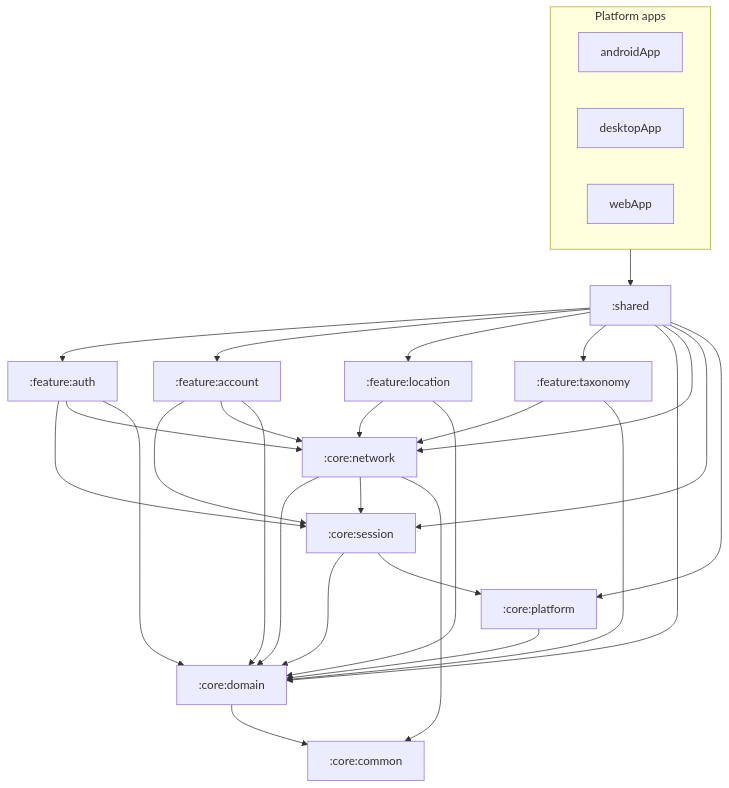
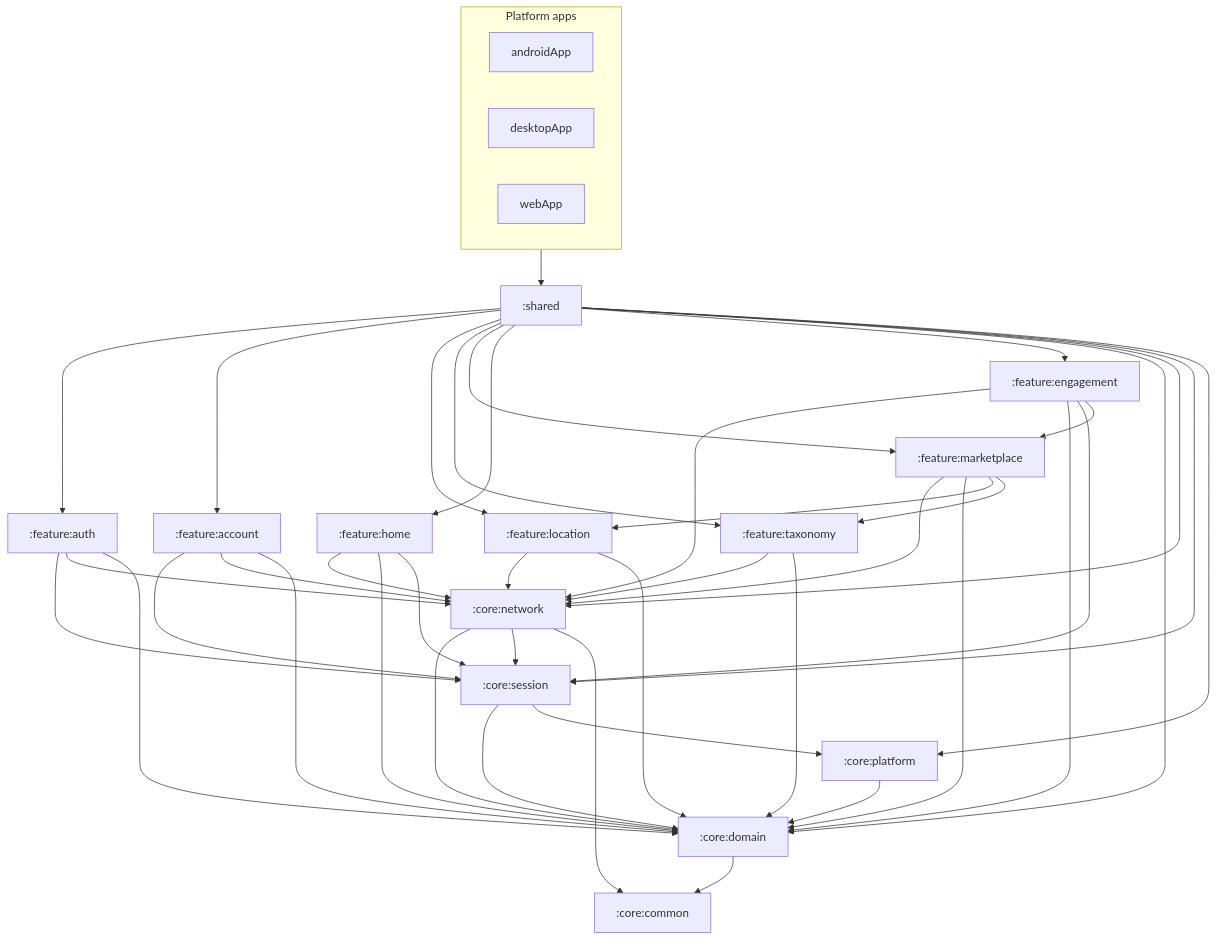
The diagram in docs/dependency-rules.md (cavidyrm/vitran-frontend), drawn with Mermaid before and after one commit. The commit also changed other lines of this file and 108 other files, not shown here.

First line of the commit message:
Implement Phase 6 marketplace engagement APIs and existing-UI wiring.

````diff
--- a/docs/dependency-rules.md
+++ b/docs/dependency-rules.md
@@ -7,46 +7,63 @@
 ```mermaid
 flowchart TB
   subgraph apps [Platform apps]
     androidApp
     desktopApp
     webApp
   end
 
   sharedMod[":shared"]
   featAuth[":feature:auth"]
   featAccount[":feature:account"]
   featLocation[":feature:location"]
   featTaxonomy[":feature:taxonomy"]
+  featMarketplace[":feature:marketplace"]
+  featHome[":feature:home"]
+  featEngagement[":feature:engagement"]
   coreDomain[":core:domain"]
   coreNetwork[":core:network"]
   coreSession[":core:session"]
   corePlatform[":core:platform"]
   coreCommon[":core:common"]
 
   apps --> sharedMod
   sharedMod --> featAuth
   sharedMod --> featAccount
   sharedMod --> featLocation
   sharedMod --> featTaxonomy
+  sharedMod --> featMarketplace
+  sharedMod --> featHome
+  sharedMod --> featEngagement
   sharedMod --> coreDomain
   sharedMod --> coreNetwork
   sharedMod --> coreSession
   sharedMod --> corePlatform
   featAuth --> coreSession
   featAuth --> coreNetwork
   featAuth --> coreDomain
   featAccount --> coreSession
   featAccount --> coreNetwork
   featAccount --> coreDomain
   featLocation --> coreNetwork
   featLocation --> coreDomain
   featTaxonomy --> coreNetwork
   featTaxonomy --> coreDomain
+  featMarketplace --> coreNetwork
+  featMarketplace --> coreDomain
+  featMarketplace --> featLocation
+  featMarketplace --> featTaxonomy
+  featHome --> coreNetwork
+  featHome --> coreDomain
+  featHome --> coreSession
+  featEngagement --> coreNetwork
+  featEngagement --> coreDomain
+  featEngagement --> coreSession
+  featEngagement --> featMarketplace
   coreNetwork --> coreDomain
   coreNetwork --> coreSession
   coreNetwork --> coreCommon
   coreSession --> coreDomain
   coreSession --> corePlatform
   corePlatform --> coreDomain
   coreDomain --> coreCommon
 ```
````
